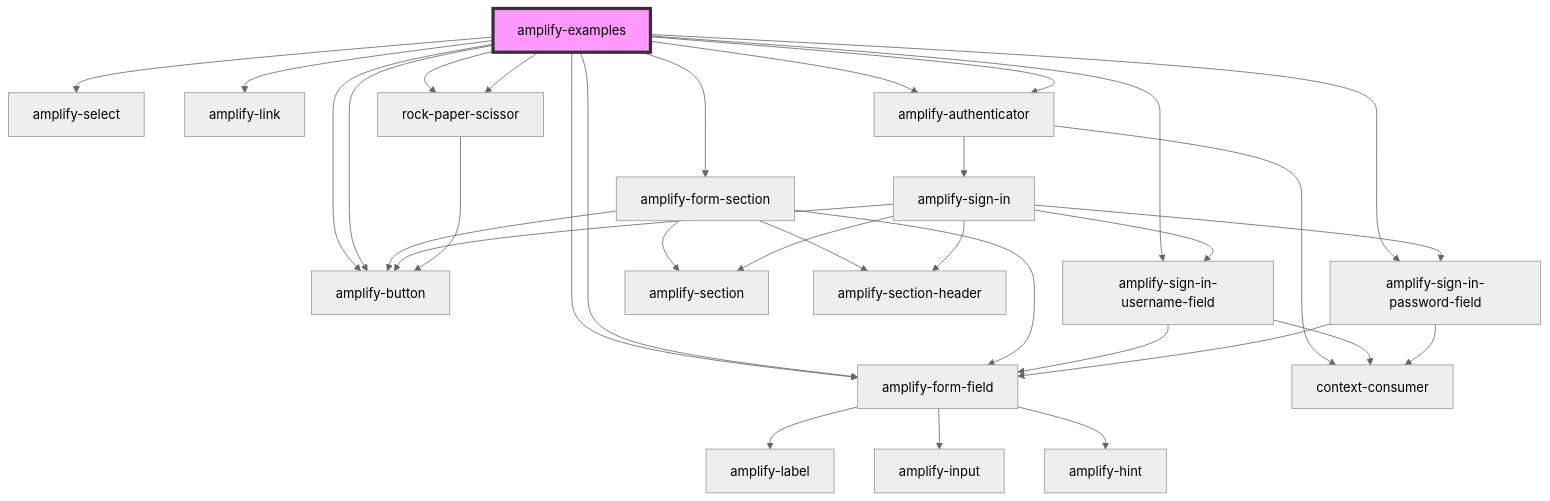
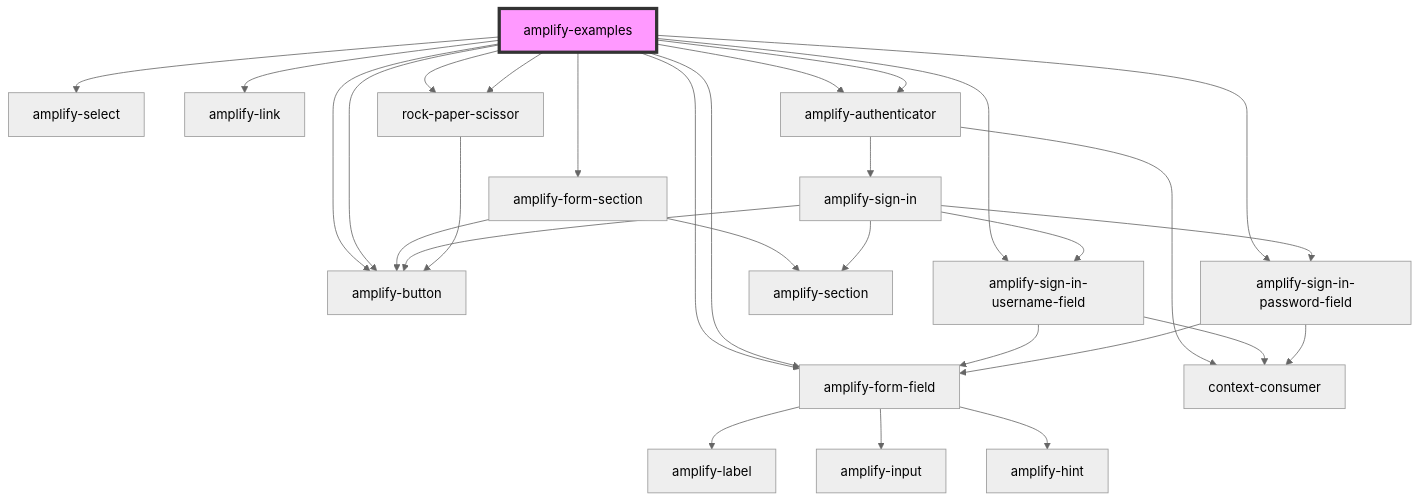
The diagram in packages/amplify-ui-components/src/components/amplify-examples/readme.md (OneDev0411/amplify-js), drawn with Mermaid (neutral theme) before and after one commit. The commit also changed 16 other files, not shown here.

````diff
--- a/packages/amplify-ui-components/src/components/amplify-examples/readme.md
+++ b/packages/amplify-ui-components/src/components/amplify-examples/readme.md
@@ -27,36 +27,33 @@
 ```mermaid
 graph TD;
   amplify-examples --> amplify-form-section
   amplify-examples --> amplify-form-field
   amplify-examples --> amplify-form-field
   amplify-examples --> amplify-select
   amplify-examples --> amplify-button
   amplify-examples --> amplify-link
   amplify-examples --> amplify-authenticator
   amplify-examples --> amplify-sign-in-username-field
   amplify-examples --> amplify-sign-in-password-field
   amplify-examples --> amplify-button
   amplify-examples --> amplify-authenticator
   amplify-examples --> rock-paper-scissor
   amplify-examples --> rock-paper-scissor
   amplify-form-section --> amplify-section
-  amplify-form-section --> amplify-section-header
-  amplify-form-section --> amplify-form-field
   amplify-form-section --> amplify-button
   amplify-form-field --> amplify-label
   amplify-form-field --> amplify-input
   amplify-form-field --> amplify-hint
   amplify-authenticator --> amplify-sign-in
   amplify-authenticator --> context-consumer
   amplify-sign-in --> amplify-section
-  amplify-sign-in --> amplify-section-header
   amplify-sign-in --> amplify-sign-in-username-field
   amplify-sign-in --> amplify-sign-in-password-field
   amplify-sign-in --> amplify-button
   amplify-sign-in-username-field --> amplify-form-field
   amplify-sign-in-username-field --> context-consumer
   amplify-sign-in-password-field --> amplify-form-field
   amplify-sign-in-password-field --> context-consumer
   rock-paper-scissor --> amplify-button
   style amplify-examples fill:#f9f,stroke:#333,stroke-width:4px
 ```
````
